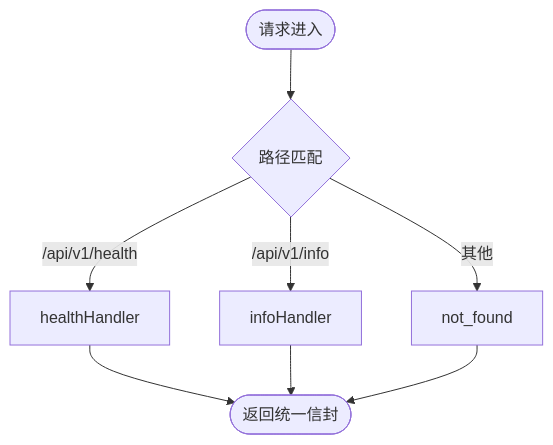
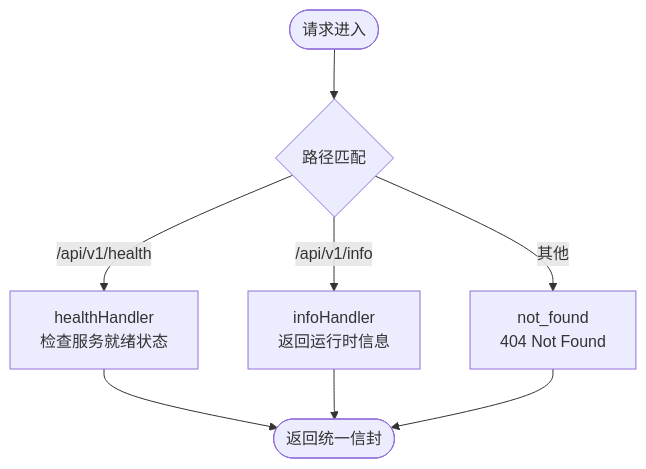
Before and after one commit to Karlsk/oryxos-go: the second of 4 diagrams in .qoder/repowiki/zh/content/Web Service API.md, drawn with Mermaid. The commit also changed other lines of this file and 50 other files, not shown here.

````diff
--- a/.qoder/repowiki/zh/content/Web Service API.md
+++ b/.qoder/repowiki/zh/content/Web Service API.md
@@ -119,10 +141,10 @@
 ```mermaid
 flowchart TD
 Start(["请求进入"]) --> Health{"路径匹配"}
-Health --> |/api/v1/health| H["healthHandler"]
-Health --> |/api/v1/info| I["infoHandler"]
-Health --> |其他| NotFound["not_found"]
+Health --> |/api/v1/health| H["healthHandler<br/>检查服务就绪状态"]
+Health --> |/api/v1/info| I["infoHandler<br/>返回运行时信息"]
+Health --> |其他| NotFound["not_found<br/>404 Not Found"]
 H --> End(["返回统一信封"])
 I --> End
 NotFound --> End
 ```
````
